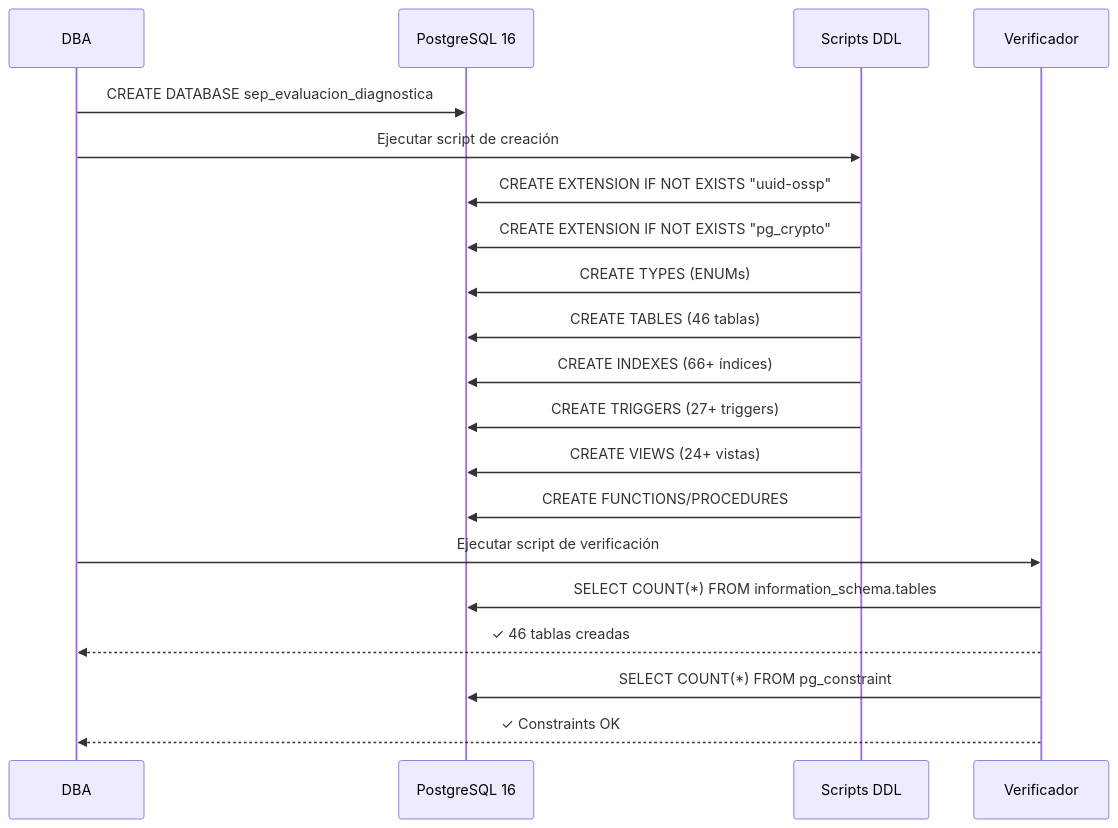
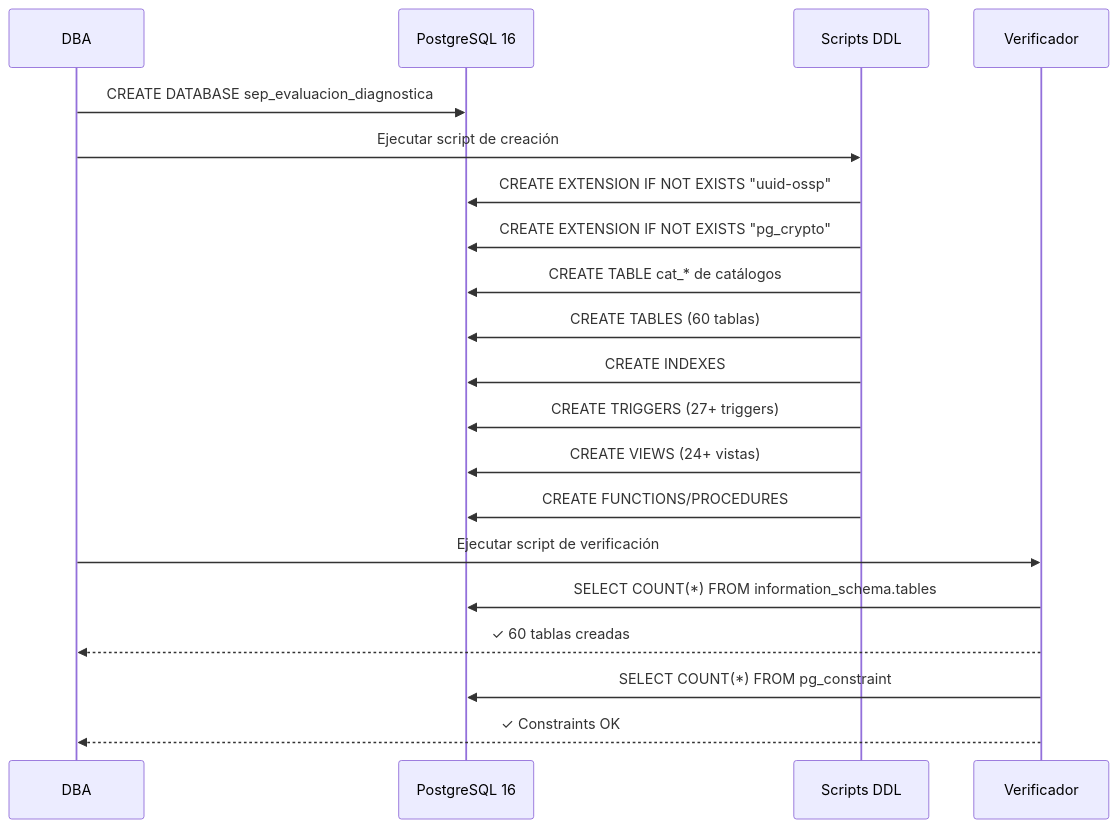
The second of 18 diagrams in FLUJO_DE_DATOS_COMPLETO.md (dleonsystem/sep_evaluacion_diagnostica), drawn with Mermaid before and after one commit. The commit also changed other lines of this file and 2 other files, not shown here.

Commit message:
docs: alinear ddl y flujos con la base real

````diff
--- a/FLUJO_DE_DATOS_COMPLETO.md
+++ b/FLUJO_DE_DATOS_COMPLETO.md
@@ -90,23 +90,23 @@
 ```mermaid
 sequenceDiagram
     participant DBA
     participant PG as PostgreSQL 16
     participant DDL as Scripts DDL
     participant VER as Verificador
     
     DBA->>PG: CREATE DATABASE sep_evaluacion_diagnostica
     DBA->>DDL: Ejecutar script de creación
     DDL->>PG: CREATE EXTENSION IF NOT EXISTS "uuid-ossp"
     DDL->>PG: CREATE EXTENSION IF NOT EXISTS "pg_crypto"
-    DDL->>PG: CREATE TYPES (ENUMs)
-    DDL->>PG: CREATE TABLES (46 tablas)
-    DDL->>PG: CREATE INDEXES (66+ índices)
+    DDL->>PG: CREATE TABLE cat_* de catálogos
+    DDL->>PG: CREATE TABLES (60 tablas)
+    DDL->>PG: CREATE INDEXES
     DDL->>PG: CREATE TRIGGERS (27+ triggers)
     DDL->>PG: CREATE VIEWS (24+ vistas)
     DDL->>PG: CREATE FUNCTIONS/PROCEDURES
     DBA->>VER: Ejecutar script de verificación
     VER->>PG: SELECT COUNT(*) FROM information_schema.tables
-    VER-->>DBA: ✓ 46 tablas creadas
+    VER-->>DBA: ✓ 60 tablas creadas
     VER->>PG: SELECT COUNT(*) FROM pg_constraint
     VER-->>DBA: ✓ Constraints OK
 ```
````
